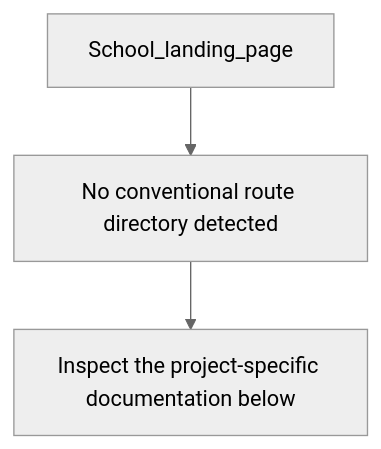
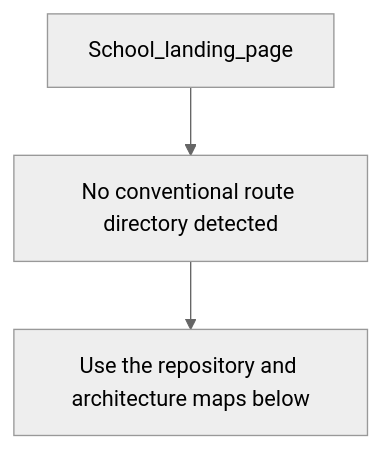
The second of 5 diagrams in README.md (Nischhalsubba/School_landing_page), drawn with Mermaid (neutral theme) before and after one commit. The commit also changed other lines of this file, not shown here.

````diff
--- a/README.md
+++ b/README.md
@@ -50,6 +83,6 @@
 ```mermaid
 flowchart TD
     APP["School_landing_page"]
     APP --> SOURCE["No conventional route directory detected"]
-    SOURCE --> VERIFY["Inspect the project-specific documentation below"]
+    SOURCE --> GUIDE["Use the repository and architecture maps below"]
 ```
````
